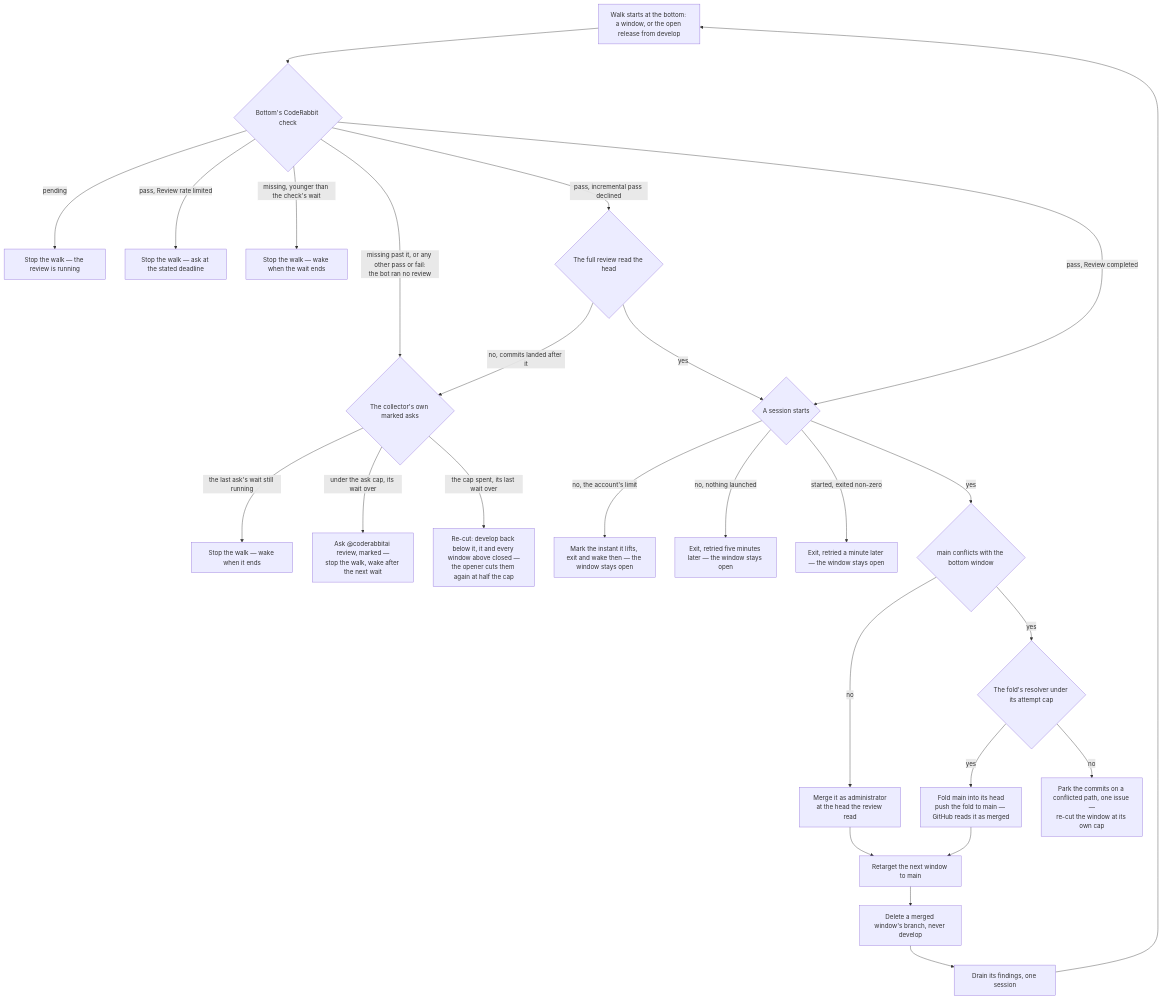
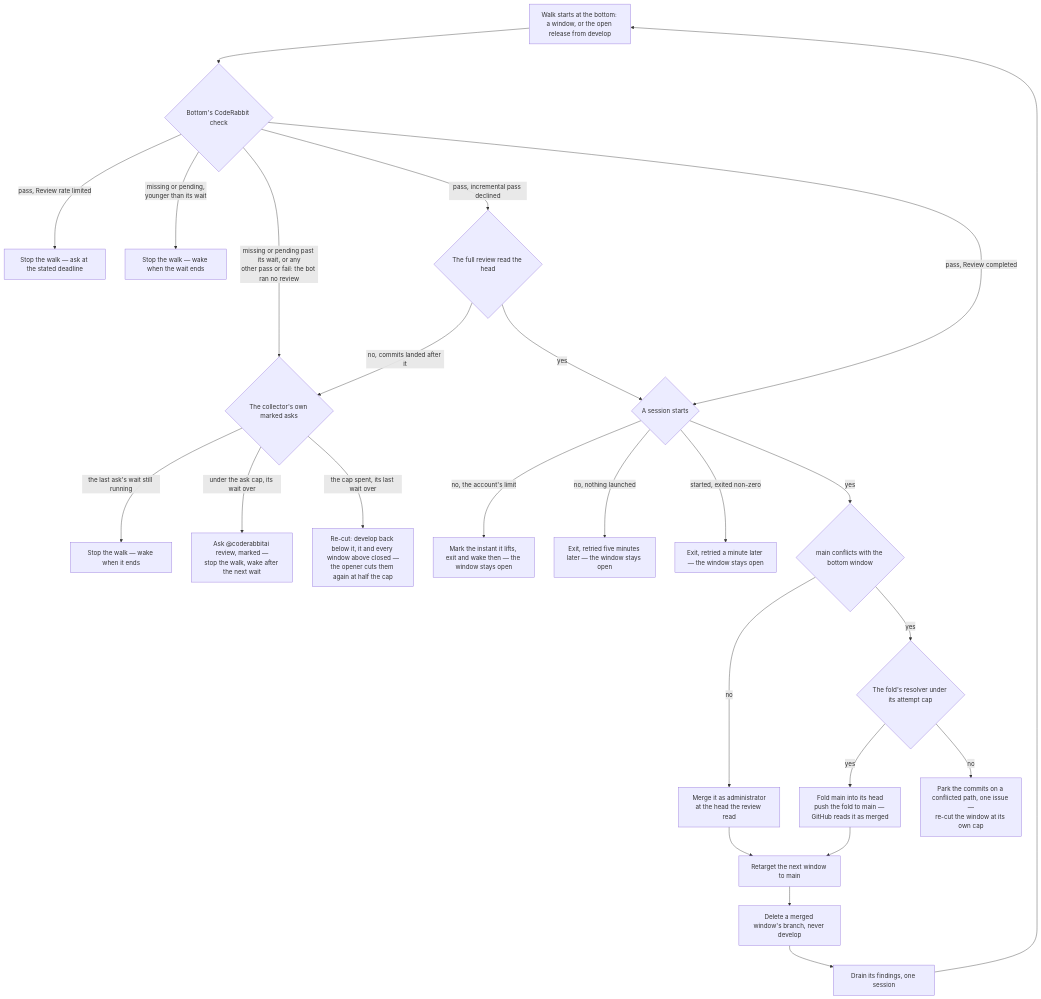
Before and after one commit to Esposter/Esposter: the first of 3 diagrams in apps/web/content/docs/infra/review-collector/collection-cycle.md, drawn with Mermaid. The commit also changed other lines of this file and 26 other files, not shown here.

````diff
--- a/apps/web/content/docs/infra/review-collector/collection-cycle.md
+++ b/apps/web/content/docs/infra/review-collector/collection-cycle.md
@@ -45,26 +45,25 @@
 ```mermaid
 flowchart TD
   S[Walk starts at the bottom: a window, or the open release from develop] --> ST{Bottom's CodeRabbit check}
-  ST -->|pending| X1[Stop the walk — the review is running]
   ST -->|pass, Review rate limited| RL[Stop the walk — ask at the stated deadline]
-  ST -->|missing, younger than the check's wait| X2[Stop the walk — wake when the wait ends]
-  ST -->|missing past it, or any other pass or fail:<br/>the bot ran no review| AK{The collector's own marked asks}
+  ST -->|missing or pending,<br/>younger than its wait| X2[Stop the walk — wake when the wait ends]
+  ST -->|missing or pending past its wait, or any<br/>other pass or fail: the bot ran no review| AK{The collector's own marked asks}
   ST -->|pass, incremental pass declined| SK{The full review read the head}
   SK -->|no, commits landed after it| AK
   AK -->|the last ask's wait still running| AW[Stop the walk — wake when it ends]
   AK -->|under the ask cap, its wait over| AS[Ask @coderabbitai review, marked —<br/>stop the walk, wake after the next wait]
   AK -->|the cap spent, its last wait over| RC[Re-cut: develop back below it, it and every window above closed —<br/>the opener cuts them again at half the cap]
   ST -->|pass, Review completed| PB{A session starts}
   SK -->|yes| PB
   PB -->|no, the account's limit| X3[Mark the instant it lifts, exit and wake then — the window stays open]
   PB -->|no, nothing launched| XL[Exit, retried five minutes later — the window stays open]
   PB -->|started, exited non-zero| X4[Exit, retried a minute later — the window stays open]
   PB -->|yes| FC{main conflicts with the bottom window}
   FC -->|no| MG[Merge it as administrator<br/>at the head the review read]
   FC -->|yes| FA{The fold's resolver under its attempt cap}
   FA -->|yes| FR[Fold main into its head<br/>push the fold to main — GitHub reads it as merged]
   FA -->|no| FP[Park the commits on a conflicted path, one issue —<br/>re-cut the window at its own cap]
   MG --> RT[Retarget the next window to main]
   FR --> RT
   RT --> DL[Delete a merged window's branch, never develop] --> DR[Drain its findings, one session] --> S
 ```
````
